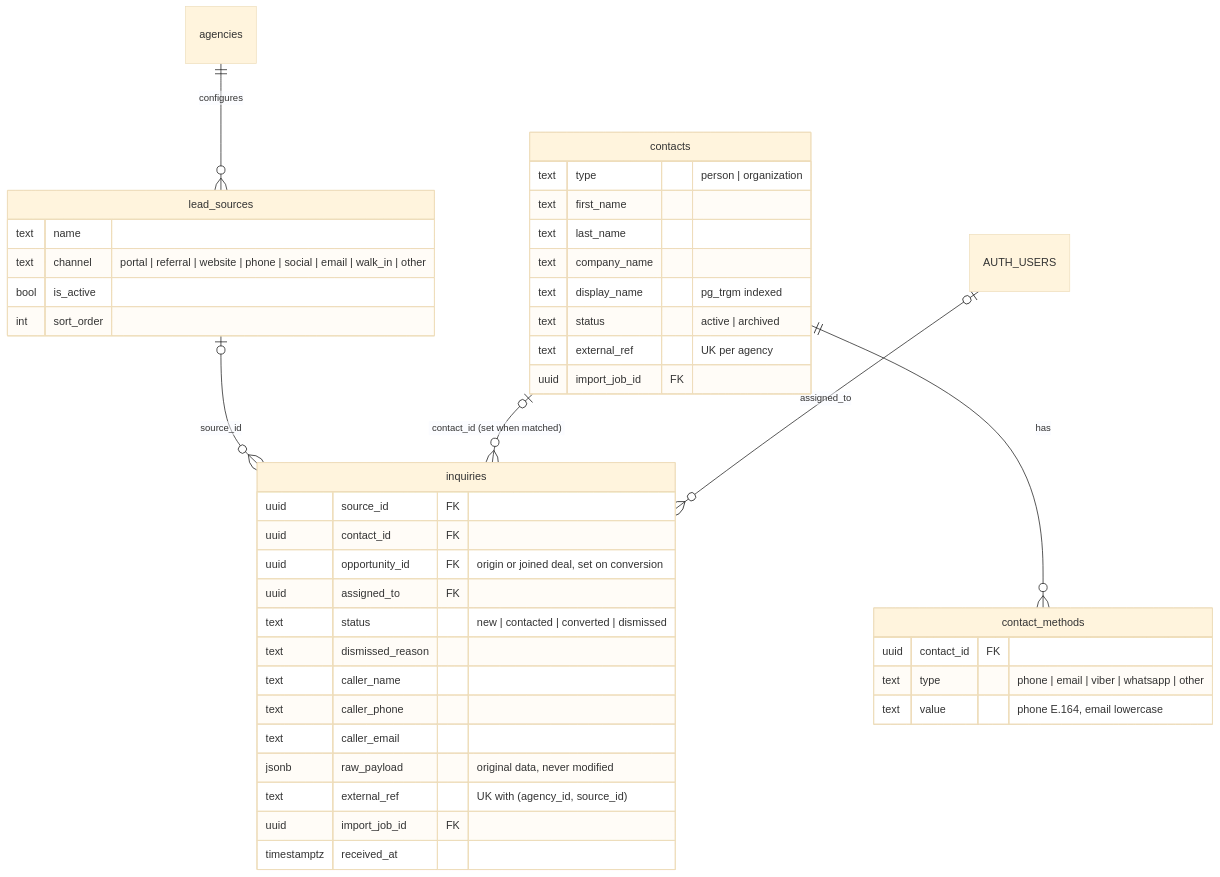
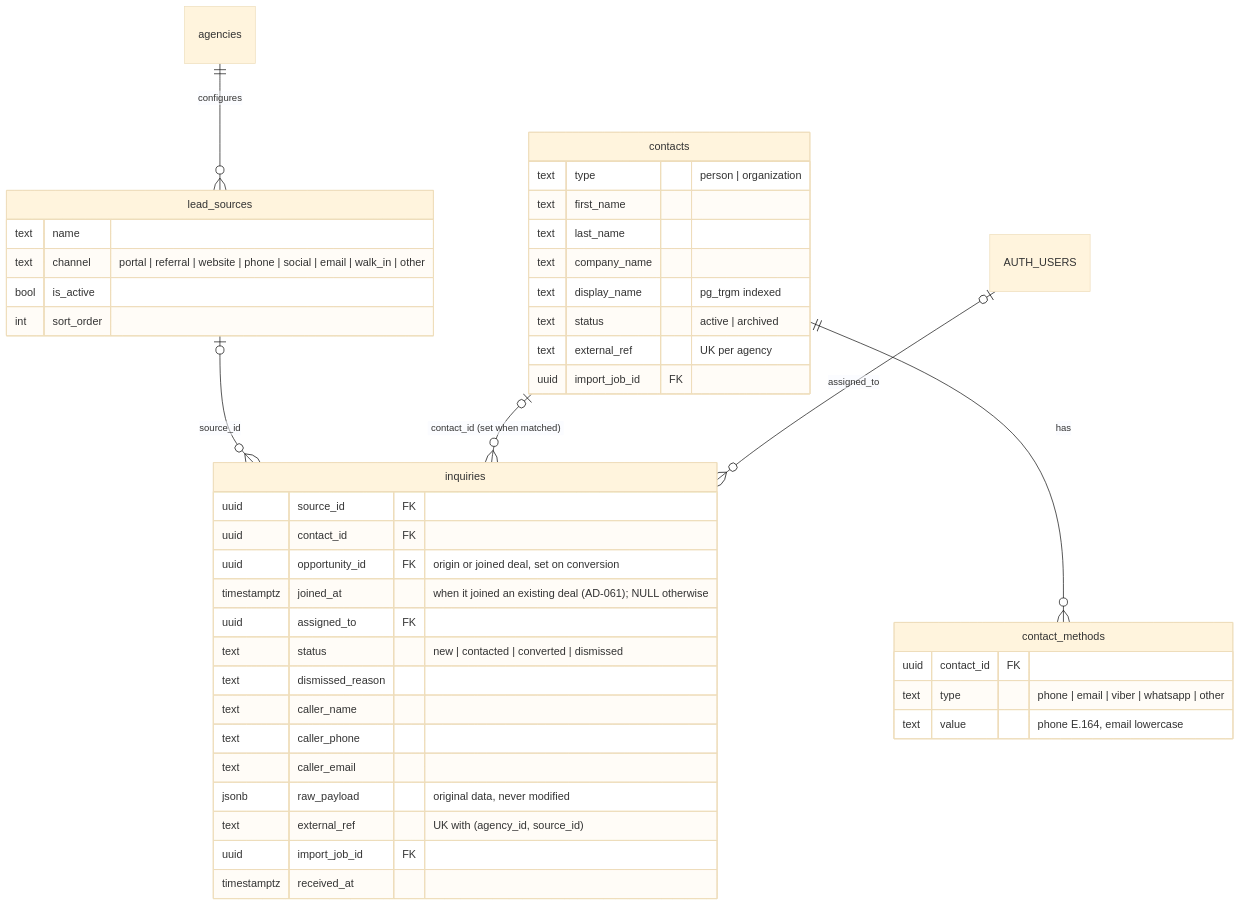
One commit to dreaminglory/retail_broker_CRM changed the third of 15 diagrams in docs/domain-model.md. Above: the diagram before and after it, drawn with Mermaid (base theme). The commit also changed other lines of this file and 14 other files, not shown here.

````diff
--- a/docs/domain-model.md
+++ b/docs/domain-model.md
@@ -126,45 +126,46 @@
 ```mermaid
 erDiagram
   agencies ||--o{ lead_sources : "configures"
   lead_sources |o--o{ inquiries : "source_id"
   contacts |o--o{ inquiries : "contact_id (set when matched)"
   contacts ||--o{ contact_methods : "has"
   AUTH_USERS |o--o{ inquiries : "assigned_to"
 
   lead_sources {
     text name
     text channel "portal | referral | website | phone | social | email | walk_in | other"
     bool is_active
     int sort_order
   }
   inquiries {
     uuid source_id FK
     uuid contact_id FK
     uuid opportunity_id FK "origin or joined deal, set on conversion"
+    timestamptz joined_at "when it joined an existing deal (AD-061); NULL otherwise"
     uuid assigned_to FK
     text status "new | contacted | converted | dismissed"
     text dismissed_reason
     text caller_name
     text caller_phone
     text caller_email
     jsonb raw_payload "original data, never modified"
     text external_ref "UK with (agency_id, source_id)"
     uuid import_job_id FK
     timestamptz received_at
   }
   contacts {
     text type "person | organization"
     text first_name
     text last_name
     text company_name
     text display_name "pg_trgm indexed"
     text status "active | archived"
     text external_ref "UK per agency"
     uuid import_job_id FK
   }
   contact_methods {
     uuid contact_id FK
     text type "phone | email | viber | whatsapp | other"
     text value "phone E.164, email lowercase"
   }
 ```
````
